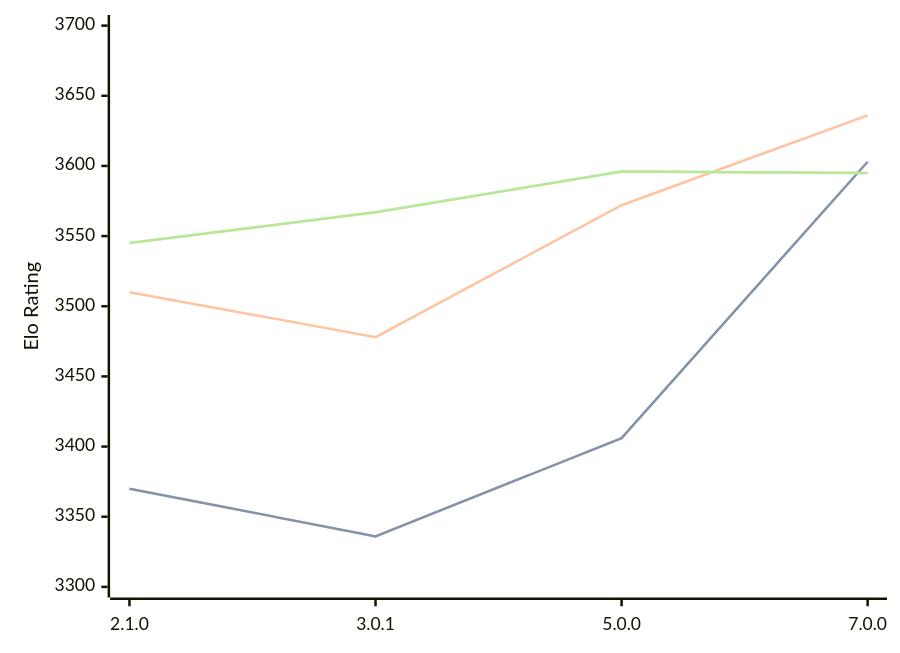
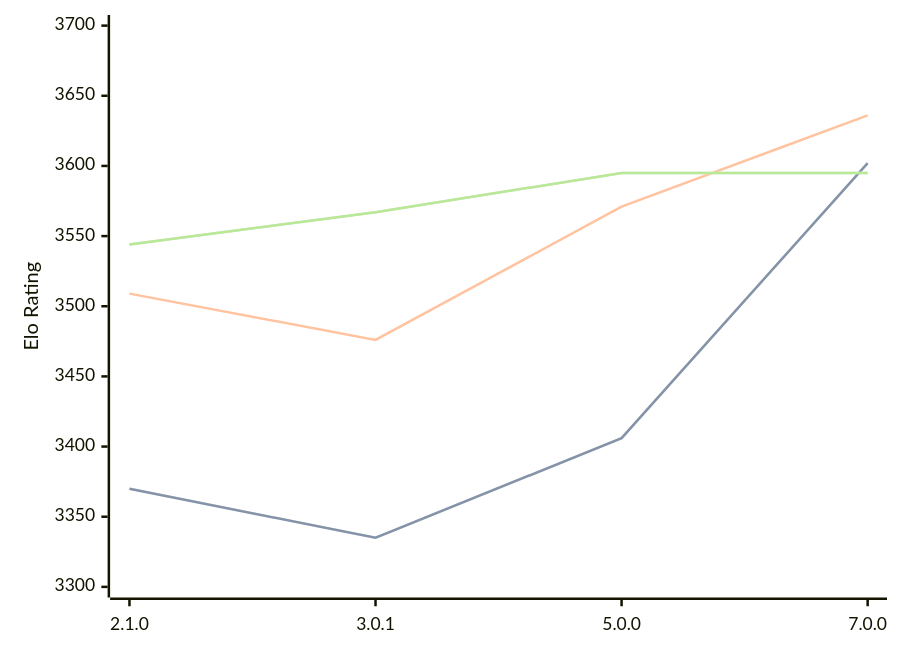
The diagram in engines/PlentyChess.md (computer-chess-index/cci), drawn with Mermaid before and after one commit. The commit also changed other lines of this file, not shown here.

Commit message:
Update CCI Ratings (ELO VLTC) - 2026-03-07

````diff
--- a/engines/PlentyChess.md
+++ b/engines/PlentyChess.md
@@ -43,11 +43,11 @@
 ```mermaid
 %%{init: {"theme":"base","themeVariables":{"seriesColors:['#a3a3a3','#222221','#faa371']}}}%%
 xychart-beta
   x-axis ["2.1.0", "3.0.1", "5.0.0", "7.0.0"]
   y-axis "Elo Rating" 3300 --> 3700
-  line "STC (8.0+0.08s)" [3370, 3336, 3406, 3603]
-  line "STC (8.0+0.08s)" [3370, 3336, 3406, 3603]
-  line "LTC (60.0+0.60s)" [3510, 3478, 3572, 3636]
-  line "VLTC (2m24s+1.12s)" [3545, 3567, 3596, 3595]
-  line "VLTC (2m24s+1.12s)" [3545, 3567, 3596, 3595]
+  line "STC (8.0+0.08s)" [3370, 3335, 3406, 3602]
+  line "STC (8.0+0.08s)" [3370, 3335, 3406, 3602]
+  line "LTC (60.0+0.60s)" [3509, 3476, 3571, 3636]
+  line "VLTC (2m24s+1.12s)" [3544, 3567, 3595, 3595]
+  line "VLTC (2m24s+1.12s)" [3544, 3567, 3595, 3595]
 ```
````
